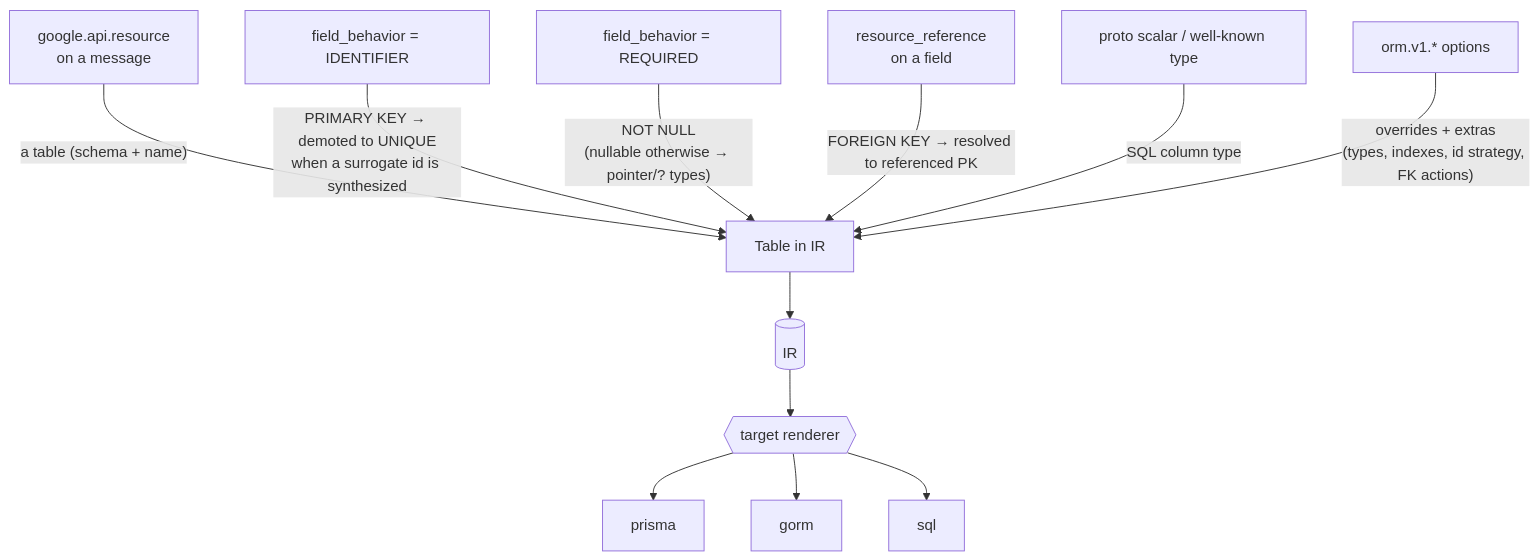
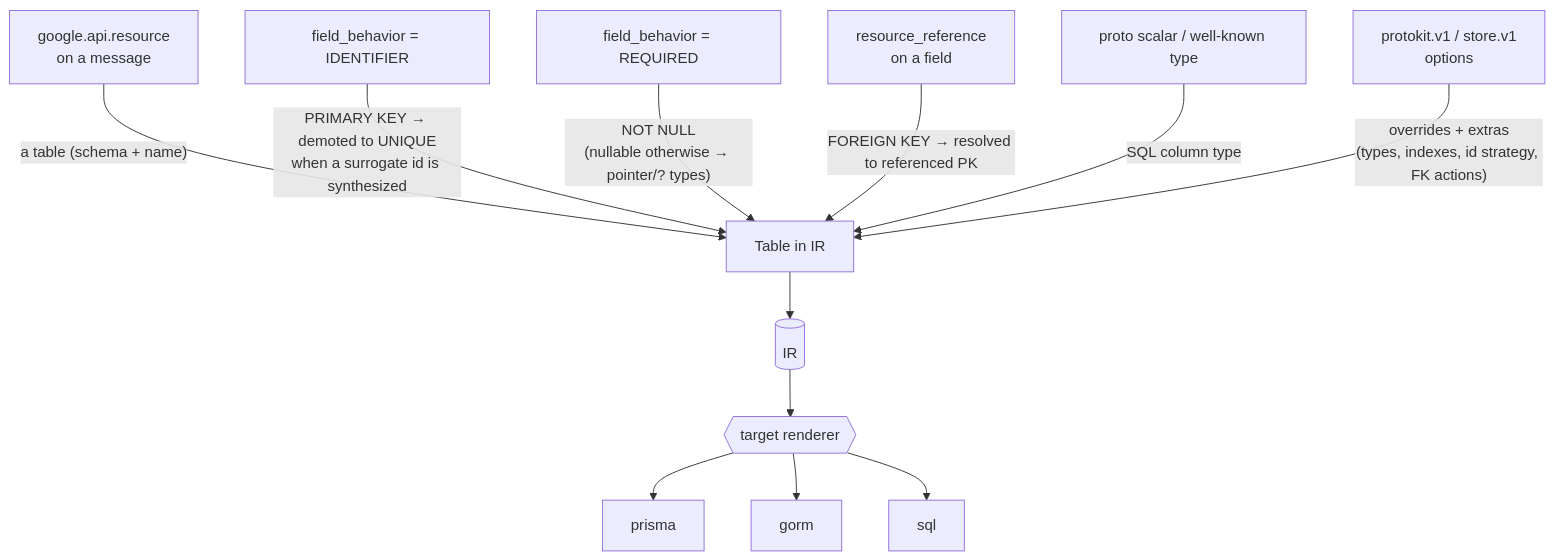
The second of 4 diagrams in README.md (the-protobuf-project/store), drawn with Mermaid before and after one commit. The commit also changed other lines of this file and 24 other files, not shown here.

First line of the commit message:
Refactor proto files to migrate from orm.v1 to protokit.v1 and store.v1 annotations

````diff
--- a/README.md
+++ b/README.md
@@ -148,15 +148,15 @@
 ```mermaid
 flowchart TD
     R["google.api.resource<br/>on a message"] -->|"a table (schema + name)"| T["Table in IR"]
     ID["field_behavior = IDENTIFIER"] -->|"PRIMARY KEY → demoted to UNIQUE<br/>when a surrogate id is synthesized"| T
     REQ["field_behavior = REQUIRED"] -->|"NOT NULL<br/>(nullable otherwise → pointer/? types)"| T
     REF["resource_reference<br/>on a field"] -->|"FOREIGN KEY → resolved to referenced PK"| T
     SC["proto scalar / well-known type"] -->|"SQL column type"| T
-    O["orm.v1.* options"] -->|"overrides + extras<br/>(types, indexes, id strategy, FK actions)"| T
+    O["protokit.v1 / store.v1<br/>options"] -->|"overrides + extras<br/>(types, indexes, id strategy, FK actions)"| T
 
     T --> IR[("IR")]
     IR --> RENDER{{"target renderer"}}
     RENDER --> PR["prisma"]
     RENDER --> GO["gorm"]
     RENDER --> SQL["sql"]
 ```
````
